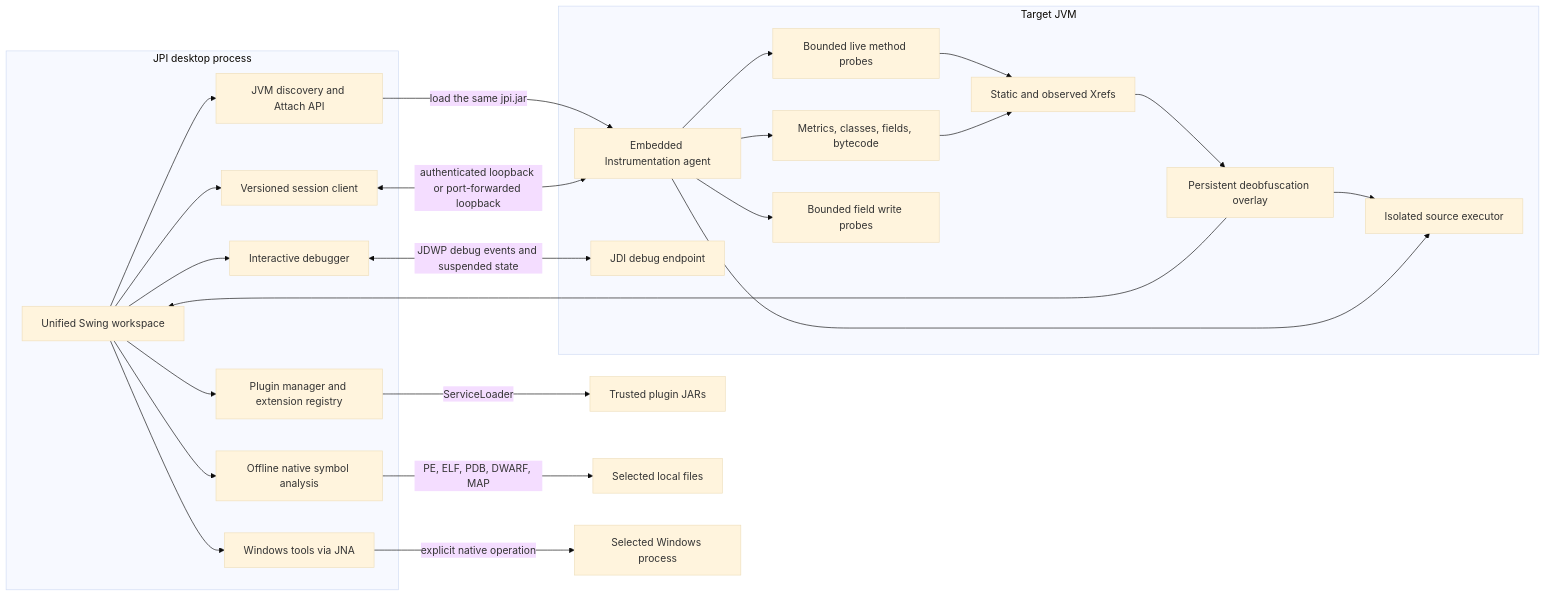
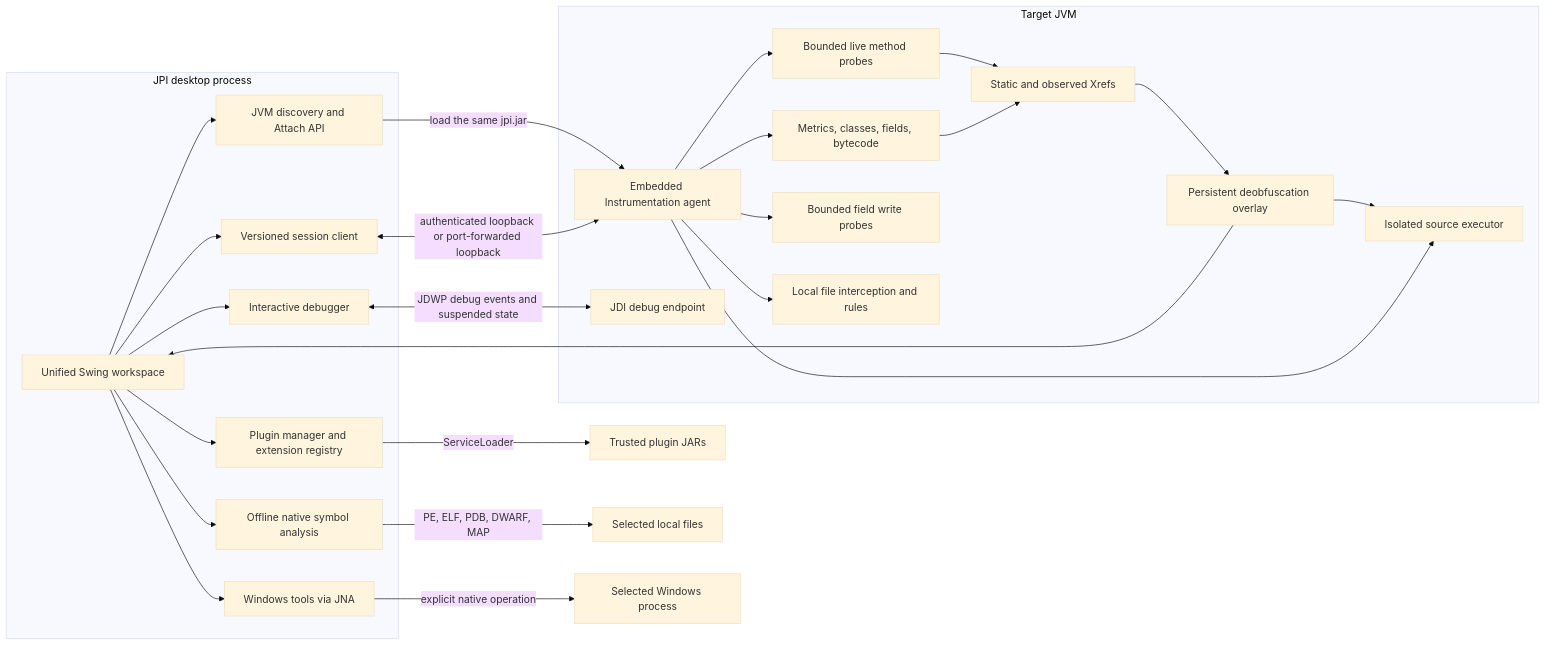
One commit to 0WhiteDev/Java-Process-Inspector changed the diagram in README.md. Above: the diagram before and after it, drawn with Mermaid (base theme). The commit also changed other lines of this file and 26 other files, not shown here.

````diff
--- a/README.md
+++ b/README.md
@@ -571,43 +596,45 @@
 ```mermaid
 flowchart LR
   subgraph controller [JPI desktop process]
     GUI[Unified Swing workspace]
     ATTACH[JVM discovery and Attach API]
     CLIENT[Versioned session client]
     WIN[Windows tools via JNA]
     SYMBOLS[Offline native symbol analysis]
     PLUGINS[Plugin manager and extension registry]
     DEBUGGER[Interactive debugger]
   end
   subgraph target [Target JVM]
     AGENT[Embedded Instrumentation agent]
     INSPECT[Metrics, classes, fields, bytecode]
     TRACE[Bounded live method probes]
     FIELD[Bounded field write probes]
+    FILEIO[Local file interception and rules]
     XREF[Static and observed Xrefs]
     MAP[Persistent deobfuscation overlay]
     EXEC[Isolated source executor]
     JDWP[JDI debug endpoint]
   end
   GUI --> ATTACH
   GUI --> DEBUGGER
   DEBUGGER <-->|JDWP debug events and suspended state| JDWP
   ATTACH -->|load the same jpi.jar| AGENT
   GUI --> CLIENT
   CLIENT <-->|authenticated loopback or port-forwarded loopback| AGENT
   AGENT --> INSPECT
   AGENT --> TRACE
   AGENT --> FIELD
+  AGENT --> FILEIO
   TRACE --> XREF
   INSPECT --> XREF
   XREF --> MAP
   MAP --> GUI
   MAP --> EXEC
   AGENT --> EXEC
   GUI --> WIN
   GUI --> SYMBOLS
   GUI --> PLUGINS
   PLUGINS -->|ServiceLoader| JARS[Trusted plugin JARs]
   SYMBOLS -->|PE, ELF, PDB, DWARF, MAP| FILES[Selected local files]
   WIN -->|explicit native operation| OS[Selected Windows process]
 ```
````
